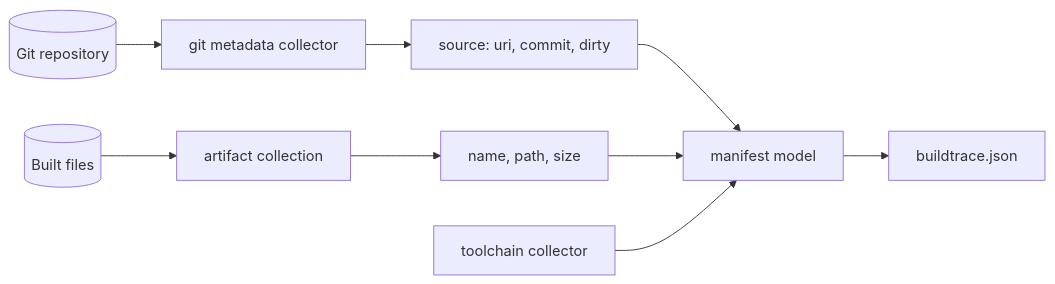
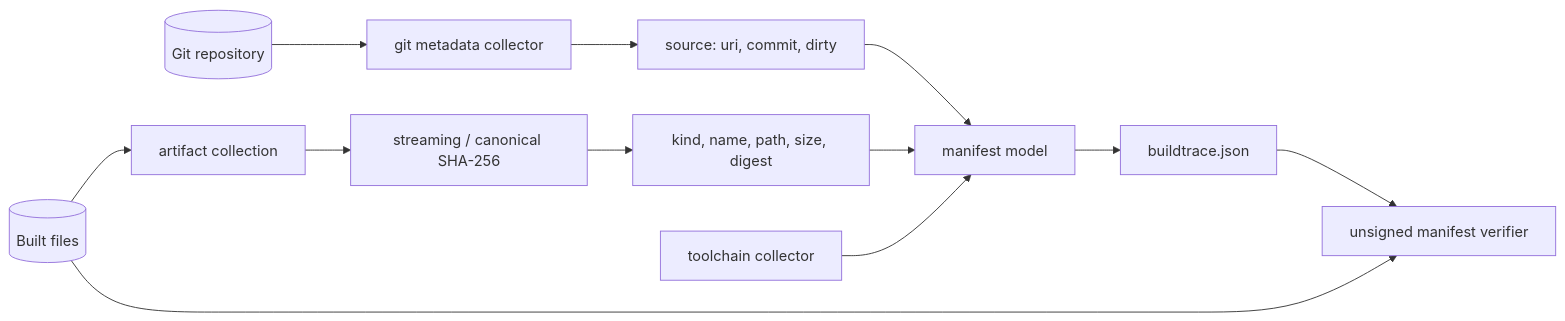
Before and after one commit to Shellghostt/BuildTrace: the second of 2 diagrams in docs/ARCHITECTURE.md, drawn with Mermaid. The commit also changed other lines of this file and 21 other files, not shown here.

Commit message:
feat(verify): complete M2 artifact hashing and manifest checks

````diff
--- a/docs/ARCHITECTURE.md
+++ b/docs/ARCHITECTURE.md
@@ -36,11 +37,14 @@
 ```mermaid
 flowchart LR
     REPO[(Git repository)] --> GC[git metadata collector]
     GC --> SRC[source: uri, commit, dirty]
     FS[(Built files)] --> AC[artifact collection]
-    AC --> ART[name, path, size]
+    AC --> HASH[streaming / canonical SHA-256]
+    HASH --> ART[kind, name, path, size, digest]
     SRC --> MAN[manifest model]
     ART --> MAN
     TC[toolchain collector] --> MAN
     MAN --> JSON[buildtrace.json]
+    JSON --> VERIFY[unsigned manifest verifier]
+    FS --> VERIFY
 ```
````
